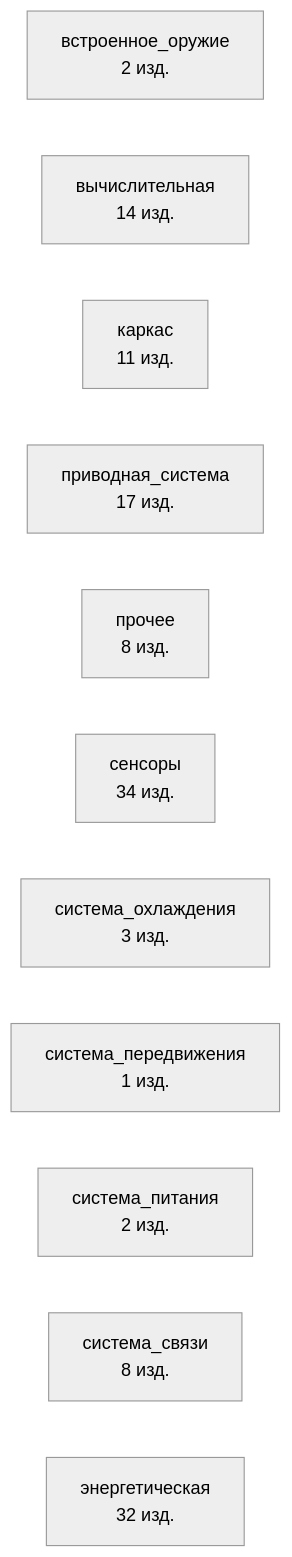
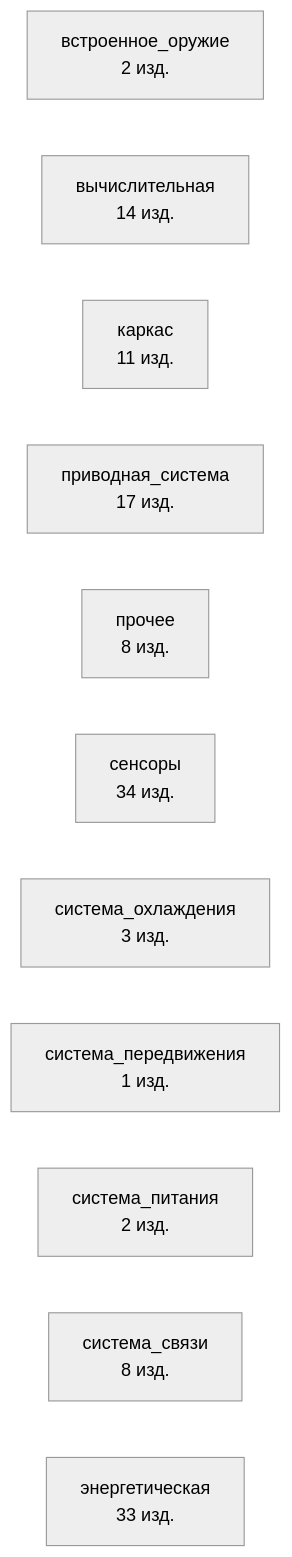
One commit to a-m-e-n-t-e-t/SkyNet changed the diagram in graphs/mermaid/graph1_overview.md. Above: the diagram before and after it, drawn with Mermaid (neutral theme). The commit also changed other lines of this file and 27 other files, not shown here.

First line of the commit message:
feat(architecture): v9.32 — §12.7 schema + F-ai-lineage metric + asrg_v28_ии reference implementation

````diff
--- a/graphs/mermaid/graph1_overview.md
+++ b/graphs/mermaid/graph1_overview.md
@@ -3,14 +3,14 @@
 ```mermaid
 graph LR
     sub_встроенное_оружие[встроенное_оружие<br/>2 изд.]
     sub_вычислительная[вычислительная<br/>14 изд.]
     sub_каркас[каркас<br/>11 изд.]
     sub_приводная_система[приводная_система<br/>17 изд.]
     sub_прочее[прочее<br/>8 изд.]
     sub_сенсоры[сенсоры<br/>34 изд.]
     sub_система_охлаждения[система_охлаждения<br/>3 изд.]
     sub_система_передвижения[система_передвижения<br/>1 изд.]
     sub_система_питания[система_питания<br/>2 изд.]
     sub_система_связи[система_связи<br/>8 изд.]
-    sub_энергетическая[энергетическая<br/>32 изд.]
+    sub_энергетическая[энергетическая<br/>33 изд.]
 ```
````
